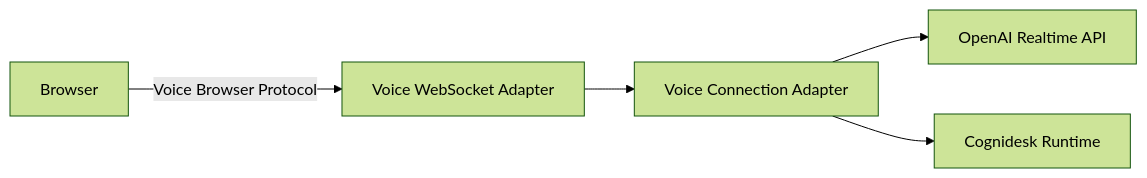
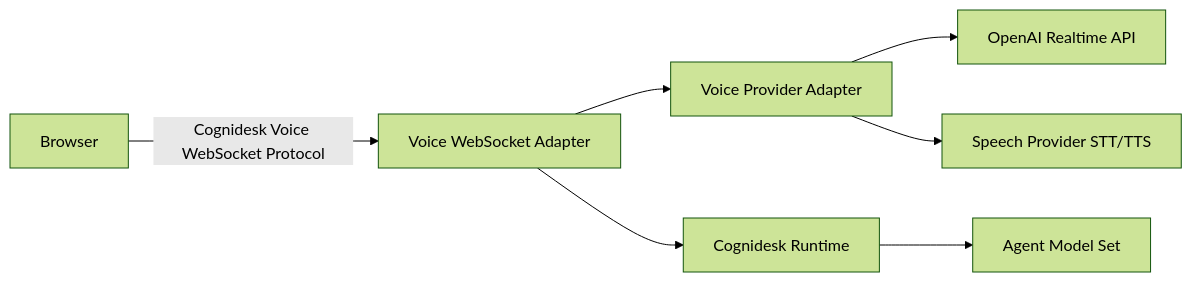
The diagram in website/guides/voice.md (cognilabz/cognidesk), drawn with Mermaid (forest theme) before and after one commit. The commit also changed other lines of this file and 72 other files, not shown here.

````diff
--- a/website/guides/voice.md
+++ b/website/guides/voice.md
@@ -14,7 +22,9 @@
 ```mermaid
 graph LR
-    A[Browser] -->|Voice Browser Protocol| B[Voice WebSocket Adapter]
-    B --> C[Voice Connection Adapter]
+    A[Browser] -->|Cognidesk Voice WebSocket Protocol| B[Voice WebSocket Adapter]
+    B --> C[Voice Provider Adapter]
     C --> D[OpenAI Realtime API]
-    C --> E[Cognidesk Runtime]
+    B --> E[Cognidesk Runtime]
+    C --> F[Speech Provider STT/TTS]
+    E --> G[Agent Model Set]
 ```
````
